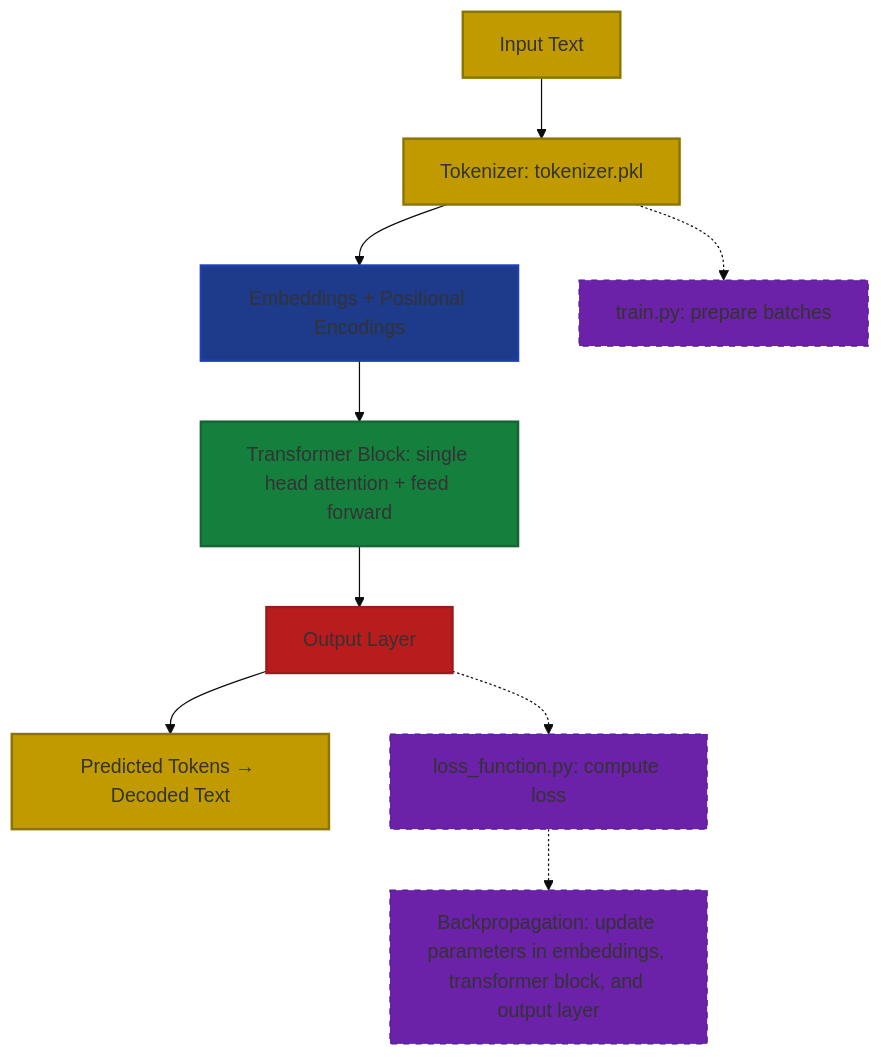
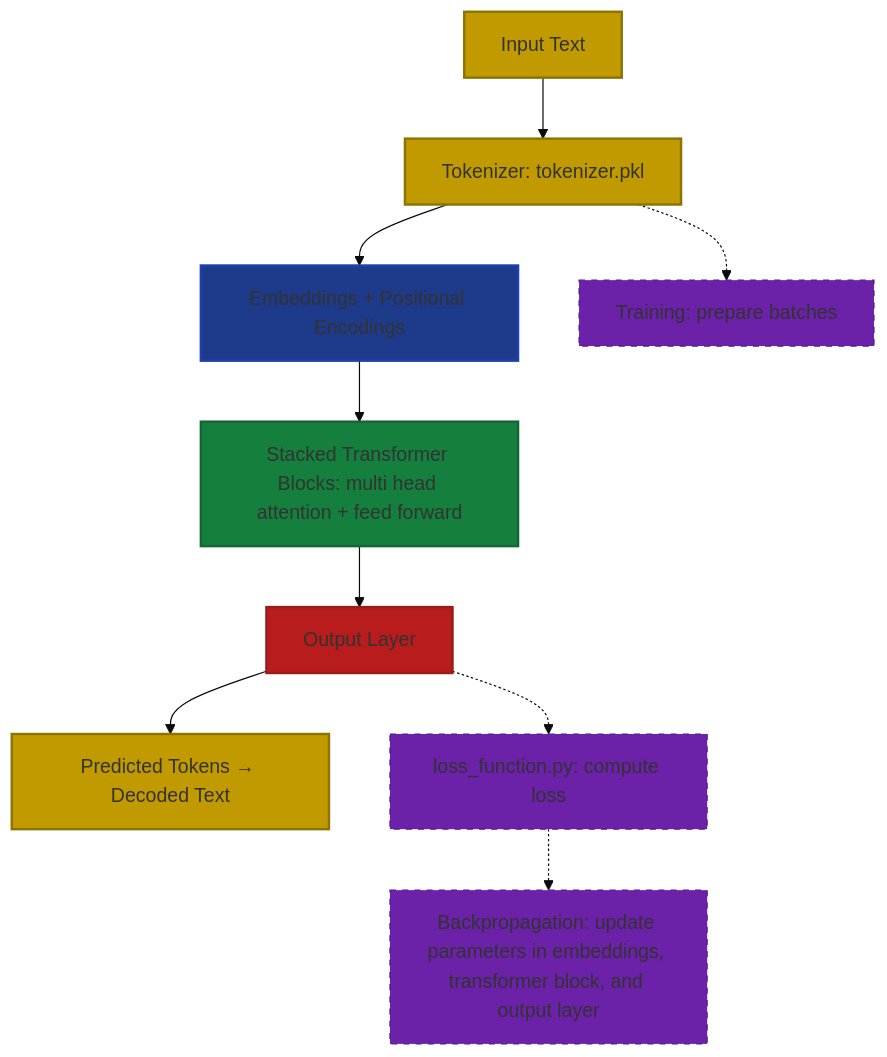
The diagram in readme.md (Albertlungu/PyGPT), drawn with Mermaid (base theme) before and after one commit. The commit also changed other lines of this file, not shown here.

````diff
--- a/readme.md
+++ b/readme.md
@@ -154,24 +256,24 @@
 ```mermaid
 flowchart TD
     A[Input Text] --> B[Tokenizer: tokenizer.pkl]
     B --> C[Embeddings + Positional Encodings]
-    C --> D[Transformer Block: single head attention + feed forward]
+    C --> D[Stacked Transformer Blocks: multi head attention + feed forward]
     D --> E[Output Layer]
     E --> F[Predicted Tokens → Decoded Text]
 
     %% Training loop connections (dashed lines)
-    B -.-> G[train.py: prepare batches]
+    B -.-> G[Training: prepare batches]
     E -.-> H[loss_function.py: compute loss]
     H -.-> I[Backpropagation: update parameters in embeddings, transformer block, and output layer]
 
     %% Node colors
     style A fill:#C19A00,stroke:#8B7500,stroke-width:2px
     style B fill:#C19A00,stroke:#8B7500,stroke-width:2px
     style C fill:#1E3A8A,stroke:#1E40AF,stroke-width:2px
     style D fill:#15803D,stroke:#166534,stroke-width:2px
     style E fill:#B91C1C,stroke:#991B1B,stroke-width:2px
     style F fill:#C19A00,stroke:#8B7500,stroke-width:2px    
     style G fill:#6B21A8,stroke:#4C1D95,stroke-width:1px,stroke-dasharray: 5 5
     style H fill:#6B21A8,stroke:#4C1D95,stroke-width:1px,stroke-dasharray: 5 5
     style I fill:#6B21A8,stroke:#4C1D95,stroke-width:1px,stroke-dasharray: 5 5
 ```
````
